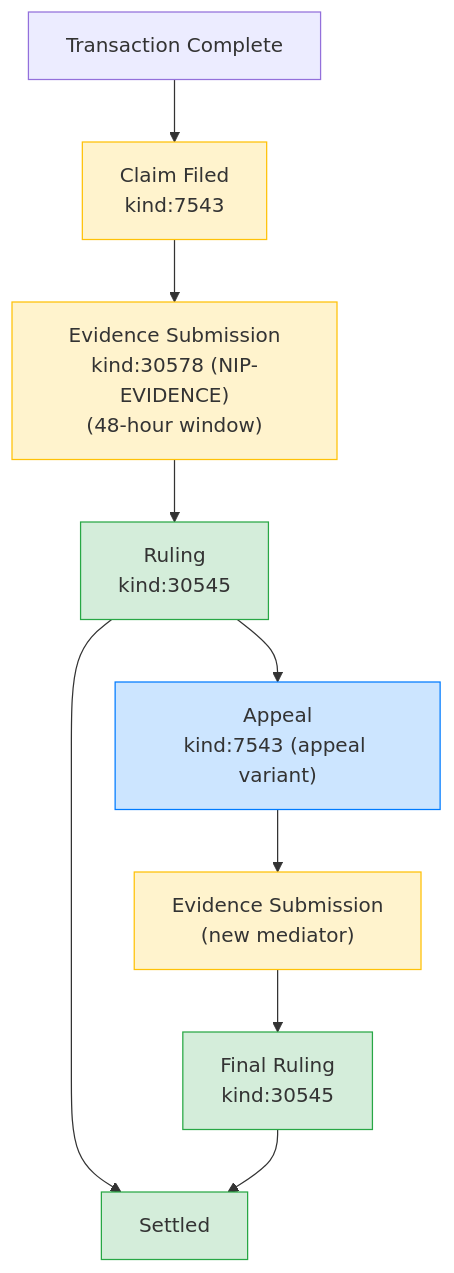
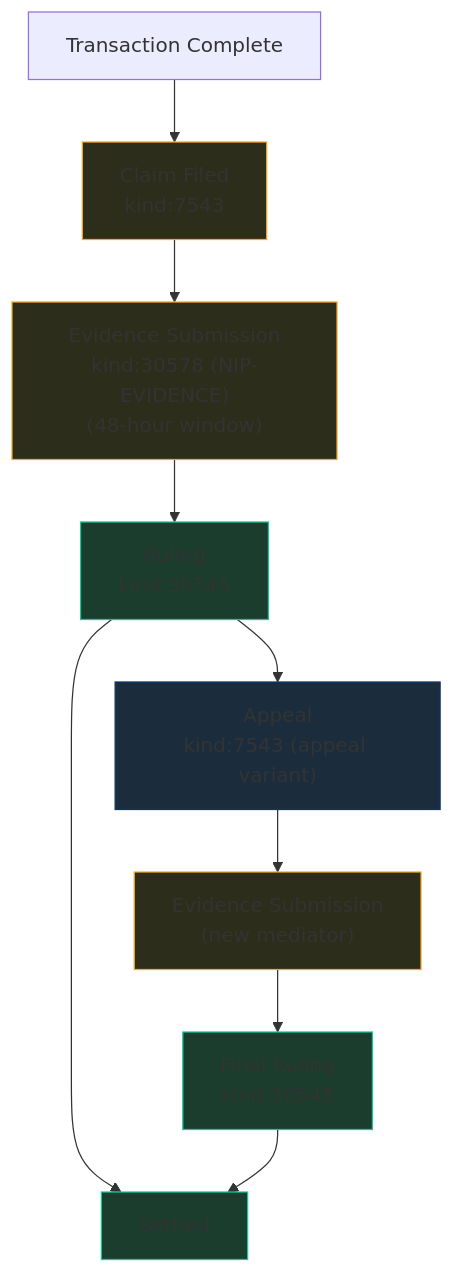
Before and after one commit to forgesworn/nip-drafts: the second of 2 diagrams in NIP-DISPUTES.md, drawn with Mermaid. The commit also changed other lines of this file and 3 other files, not shown here.

Commit message:
fix: dark theme colours in inline Mermaid blocks (markdown files)

````diff
--- a/NIP-DISPUTES.md
+++ b/NIP-DISPUTES.md
@@ -357,19 +357,19 @@
 ```mermaid
 flowchart TD
     TC["Transaction Complete"] --> CF["Claim Filed\nkind:7543"]
     CF --> ES["Evidence Submission\nkind:30578 (NIP-EVIDENCE)\n(48-hour window)"]
     ES --> RU["Ruling\nkind:30545"]
     RU --> SE["Settled"]
     RU --> AP["Appeal\nkind:7543 (appeal variant)"]
     AP --> ES2["Evidence Submission\n(new mediator)"]
     ES2 --> RU2["Final Ruling\nkind:30545"]
     RU2 --> SE
 
-    style CF fill:#fff3cd,stroke:#ffc107
-    style ES fill:#fff3cd,stroke:#ffc107
-    style RU fill:#d4edda,stroke:#28a745
-    style SE fill:#d4edda,stroke:#28a745
-    style AP fill:#cce5ff,stroke:#007bff
-    style ES2 fill:#fff3cd,stroke:#ffc107
-    style RU2 fill:#d4edda,stroke:#28a745
+    style CF fill:#2d2d1b,stroke:#f5a623
+    style ES fill:#2d2d1b,stroke:#f5a623
+    style RU fill:#1b3d2d,stroke:#16c79a
+    style SE fill:#1b3d2d,stroke:#16c79a
+    style AP fill:#1b2d3d,stroke:#0f3460
+    style ES2 fill:#2d2d1b,stroke:#f5a623
+    style RU2 fill:#1b3d2d,stroke:#16c79a
 ```
````
